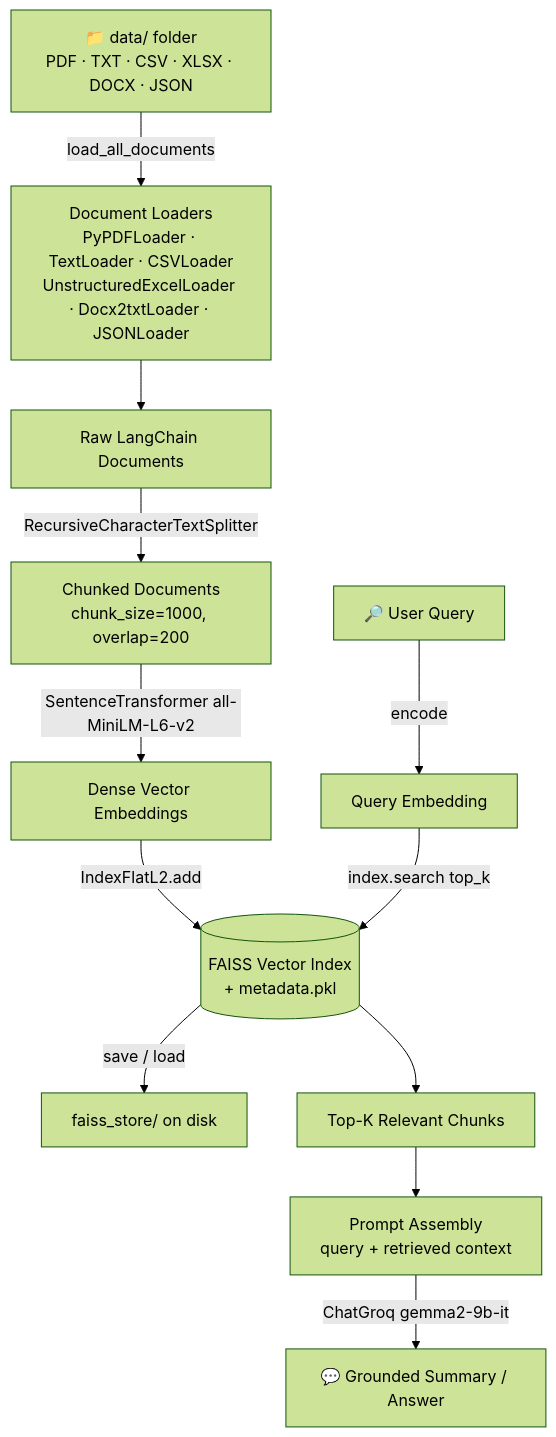
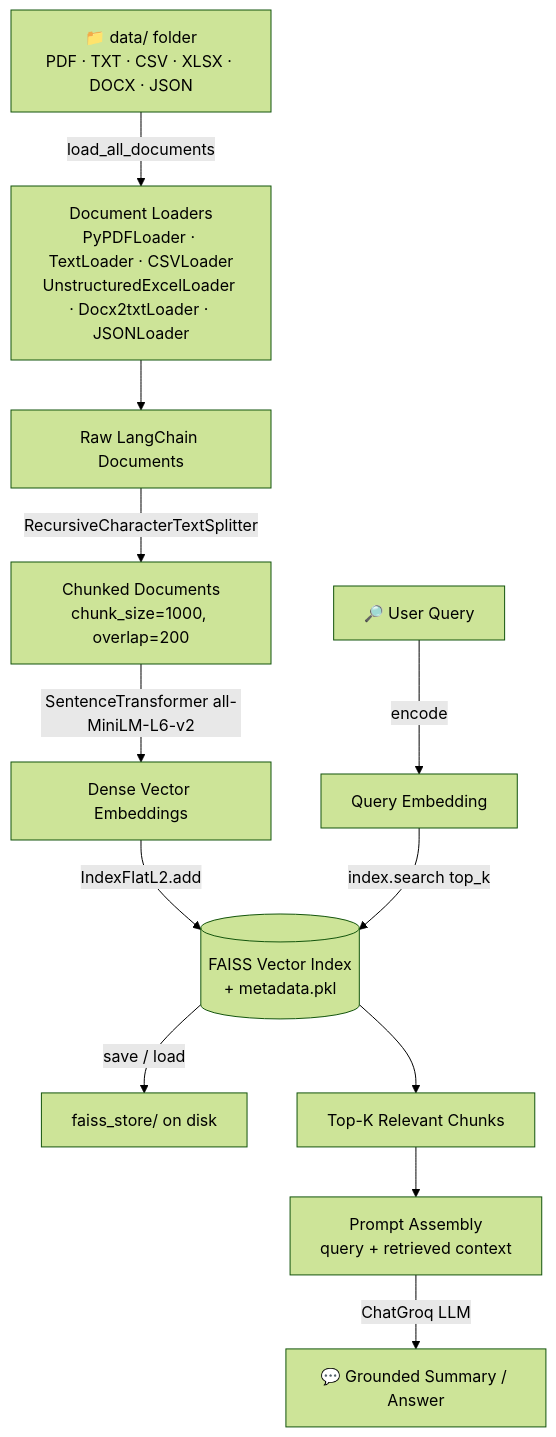
The first of 3 diagrams in README.md (Themahattva/Advanced-RAG-for-Research-papers), drawn with Mermaid (forest theme) before and after one commit. The commit also changed other lines of this file and 7 other files, not shown here.

````diff
--- a/README.md
+++ b/README.md
@@ -56,15 +58,15 @@
 ```mermaid
 flowchart TD
     A[📁 data/ folder<br/>PDF · TXT · CSV · XLSX · DOCX · JSON] -->|load_all_documents| B[Document Loaders<br/>PyPDFLoader · TextLoader · CSVLoader<br/>UnstructuredExcelLoader · Docx2txtLoader · JSONLoader]
     B --> C[Raw LangChain Documents]
     C -->|RecursiveCharacterTextSplitter| D[Chunked Documents<br/>chunk_size=1000, overlap=200]
     D -->|SentenceTransformer all-MiniLM-L6-v2| E[Dense Vector Embeddings]
     E -->|IndexFlatL2.add| F[(FAISS Vector Index<br/>+ metadata.pkl)]
     F -->|save / load| G[faiss_store/ on disk]
 
     H[🔎 User Query] -->|encode| I[Query Embedding]
     I -->|index.search top_k| F
     F --> J[Top-K Relevant Chunks]
     J --> K[Prompt Assembly<br/>query + retrieved context]
-    K -->|ChatGroq gemma2-9b-it| L[💬 Grounded Summary / Answer]
+    K -->|ChatGroq LLM| L[💬 Grounded Summary / Answer]
 ```
````
